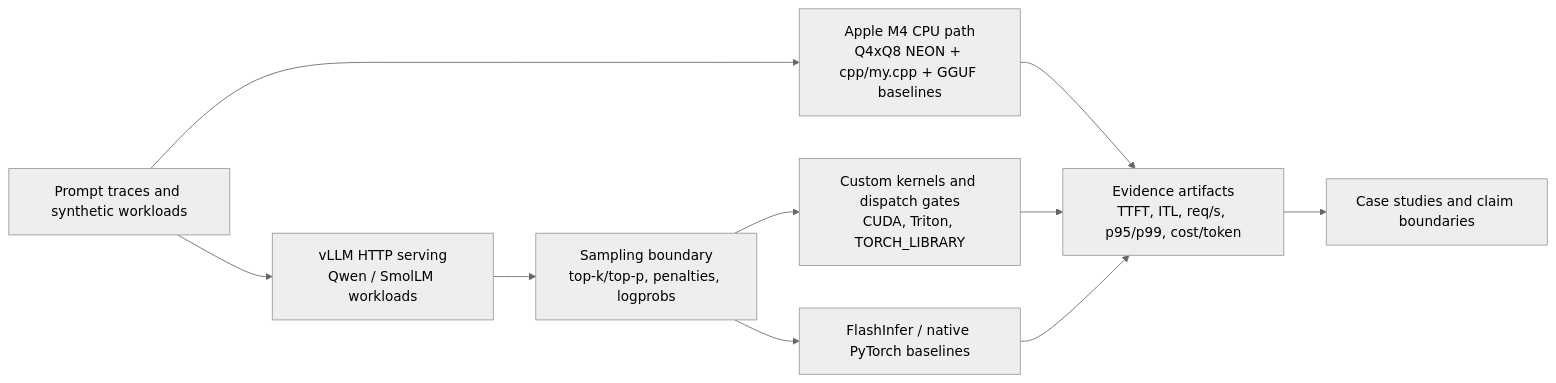
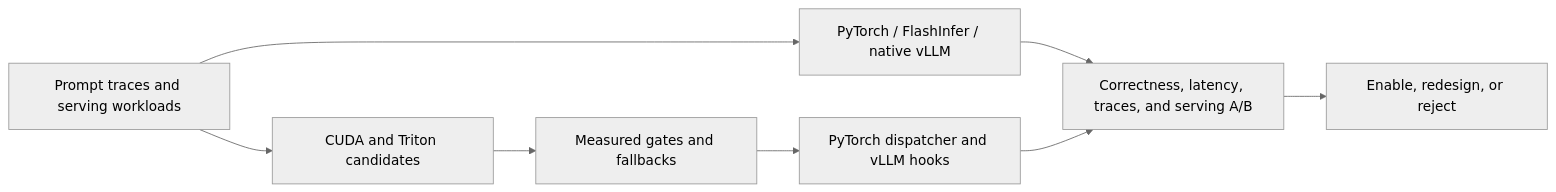
Before and after one commit to Kevin-Li-2025/single-gpu-inference-lab: the diagram in README.md, drawn with Mermaid (neutral theme). The commit also changed other lines of this file and 118 other files, not shown here.

Commit message:
Harden sampling correctness and portfolio evidence

````diff
--- a/README.md
+++ b/README.md
@@ -20,21 +105,18 @@
 ```mermaid
 flowchart LR
-    Prompts["Prompt traces and synthetic workloads"]
-    CPU["Apple M4 CPU path\nQ4xQ8 NEON + cpp/my.cpp + GGUF baselines"]
-    VLLM["vLLM HTTP serving\nQwen / SmolLM workloads"]
-    Sampler["Sampling boundary\ntop-k/top-p, penalties, logprobs"]
-    Kernels["Custom kernels and dispatch gates\nCUDA, Triton, TORCH_LIBRARY"]
-    FlashInfer["FlashInfer / native PyTorch baselines"]
-    Metrics["Evidence artifacts\nTTFT, ITL, req/s, p95/p99, cost/token"]
-    Docs["Case studies and claim boundaries"]
+    Workload["Prompt traces and serving workloads"]
+    Baseline["PyTorch / FlashInfer / native vLLM"]
+    Kernel["CUDA and Triton candidates"]
+    Dispatch["Measured gates and fallbacks"]
+    Integration["PyTorch dispatcher and vLLM hooks"]
+    Evidence["Correctness, latency, traces, and serving A/B"]
+    Decision["Enable, redesign, or reject"]
 
-    Prompts --> CPU
-    Prompts --> VLLM
-    CPU --> Metrics
-    VLLM --> Sampler
-    Sampler --> Kernels
-    Sampler --> FlashInfer
-    Kernels --> Metrics
-    FlashInfer --> Metrics
-    Metrics --> Docs
+    Workload --> Baseline
+    Workload --> Kernel
+    Kernel --> Dispatch
+    Dispatch --> Integration
+    Baseline --> Evidence
+    Integration --> Evidence
+    Evidence --> Decision
 ```
````
